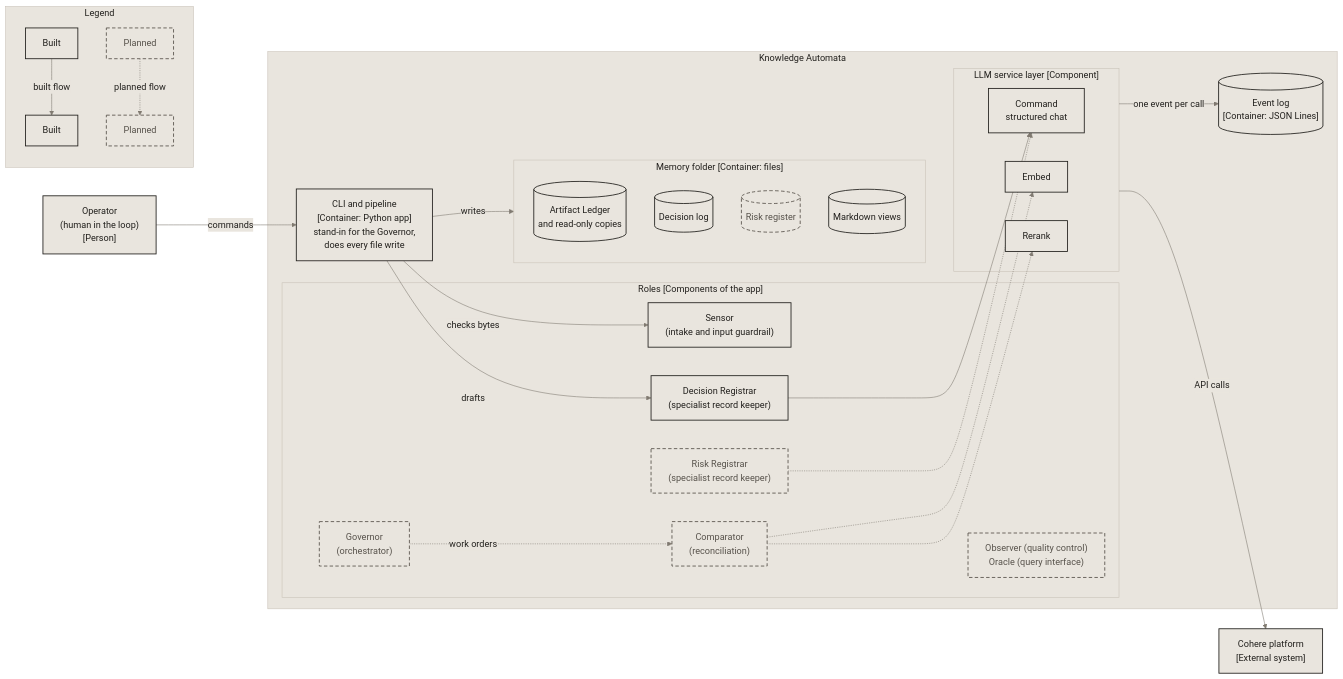
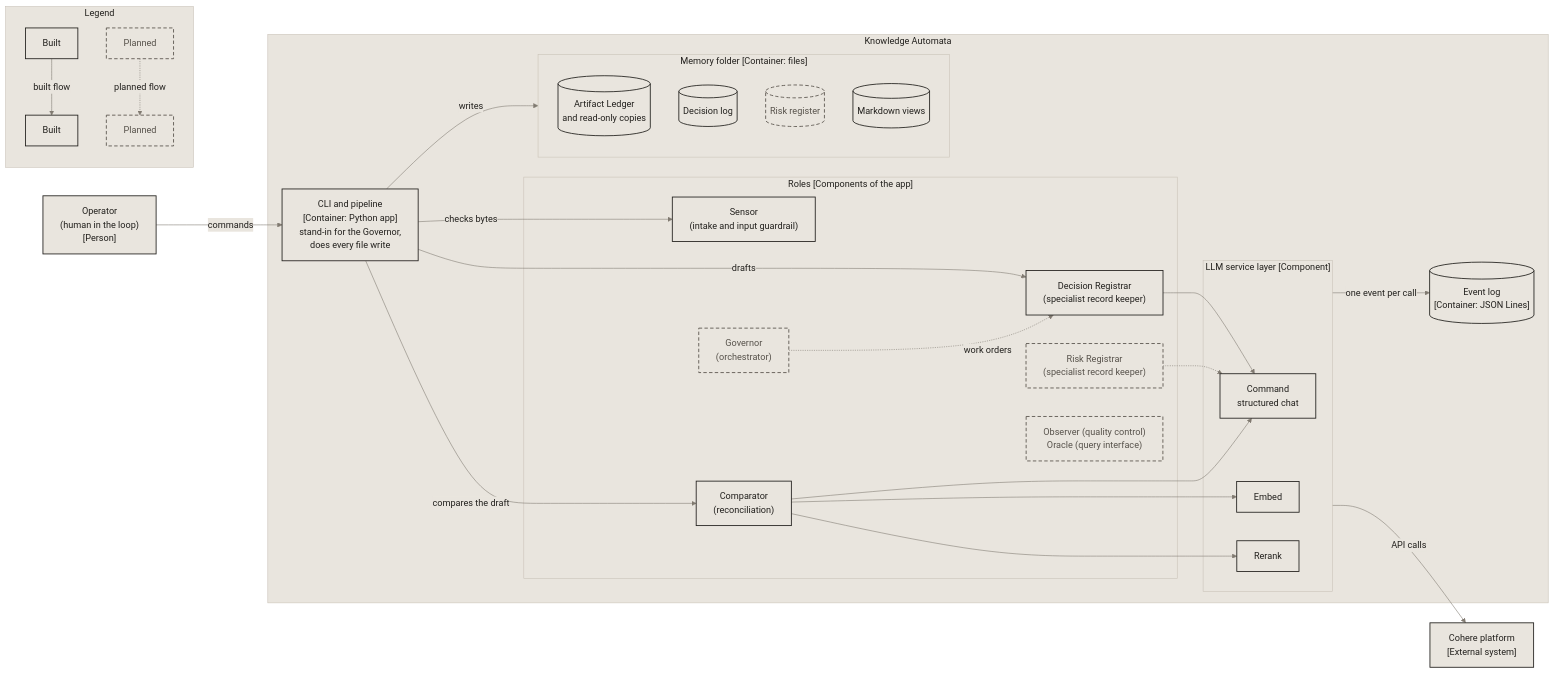
One commit to miguelmog10/knowledge-automata changed the diagram in docs/diagrams/02-containers.md. Above: the diagram before and after it, drawn with Mermaid. The commit also changed 77 other files, not shown here.

Commit message:
feat: add the Comparator (reconciliation) to record-decision (handoff 006) (#11)

```diff
--- a/docs/diagrams/02-containers.md
+++ b/docs/diagrams/02-containers.md
@@ -46,7 +46,7 @@
   classDef planned fill:#e9e5de,stroke:#57524b,stroke-width:1.5px,stroke-dasharray:6 4,color:#57524b
   classDef focus fill:#e9e5de,stroke:#9c4426,stroke-width:3px,color:#22201d
   accTitle: Knowledge Automata containers
-  accDescr: Knowledge Automata is one Python command-line app plus two file stores. Inside the app, a pipeline stand-in for the Governor runs the Sensor and the Decision Registrar and does every file write to the memory folder. Every model call goes through the LLM service layer to Cohere and is logged to the event log. The Governor, Comparator, Risk Registrar, Observer and Oracle are planned.
+  accDescr: Knowledge Automata is one Python command-line app plus two file stores. Inside the app, a pipeline stand-in for the Governor runs the Sensor, the Decision Registrar and the Comparator, and does every file write to the memory folder. Every model call goes through the LLM service layer to Cohere and is logged to the event log. The Governor, Risk Registrar, Observer and Oracle are planned.
 
   operator["Operator<br/>(human in the loop)<br/>[Person]"]:::built
 
@@ -57,7 +57,7 @@
       decision["Decision Registrar<br/>(specialist record keeper)"]:::built
       risk["Risk Registrar<br/>(specialist record keeper)"]:::planned
       governor["Governor<br/>(orchestrator)"]:::planned
-      comparator["Comparator<br/>(reconciliation)"]:::planned
+      comparator["Comparator<br/>(reconciliation)"]:::built
       observer["Observer (quality control)<br/>Oracle (query interface)"]:::planned
     end
     subgraph llm["LLM service layer [Component]"]
@@ -79,12 +79,14 @@
   operator -- "commands" --> pipeline
   pipeline -- "checks bytes" --> sensor
   pipeline -- "drafts" --> decision
+  pipeline -- "compares the draft" --> comparator
   pipeline -- "writes" --> memory
-  governor -. "work orders" .-> comparator
+  governor -. "work orders" .-> decision
   decision --> command
   risk -.-> command
-  comparator -.-> embed
-  comparator -.-> rerank
+  comparator --> embed
+  comparator --> rerank
+  comparator --> command
 
   comparator ~~~ observer
   llm -- "API calls" --> cohere
```
